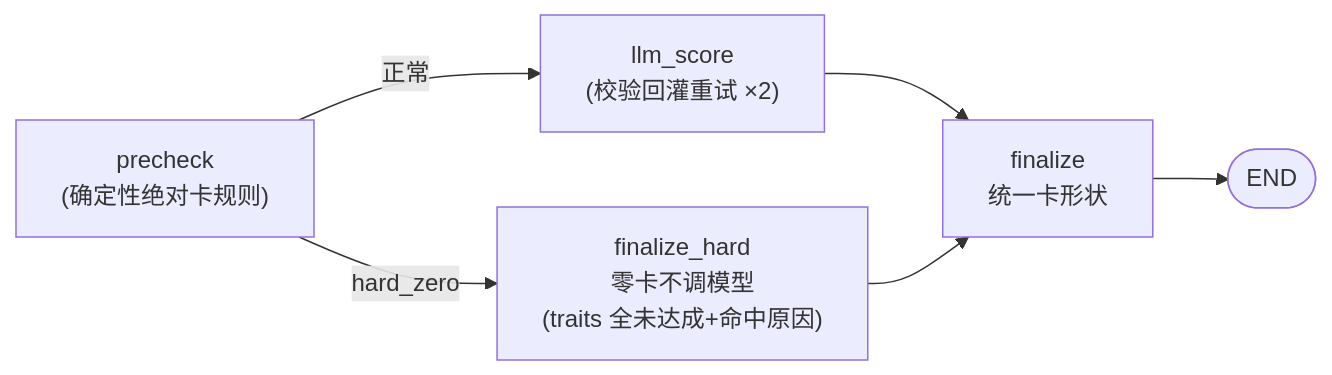
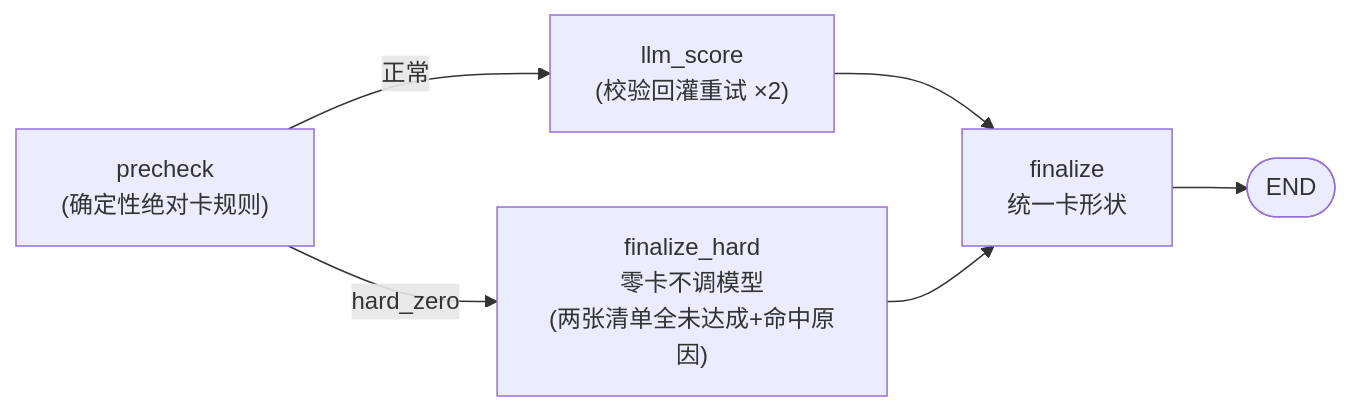
Before and after one commit to Boyuan-IT-Club/Official_Web_Agent: the sixth of 9 diagrams in docs/architecture.md, drawn with Mermaid. The commit also changed other lines of this file and 19 other files, not shown here.

````diff
--- a/docs/architecture.md
+++ b/docs/architecture.md
@@ -225,8 +227,8 @@
 ```mermaid
 flowchart LR
-    PRE["precheck<br/>(确定性绝对卡规则)"] -->|"hard_zero"| FH["finalize_hard<br/>零卡不调模型<br/>(traits 全未达成+命中原因)"]
+    PRE["precheck<br/>(确定性绝对卡规则)"] -->|"hard_zero"| FH["finalize_hard<br/>零卡不调模型<br/>(两张清单全未达成+命中原因)"]
     PRE -->|"正常"| LS["llm_score<br/>(校验回灌重试 ×2)"]
     LS --> FIN["finalize<br/>统一卡形状"]
     FH --> FIN
     FIN --> E(["END"])
 ```
````
